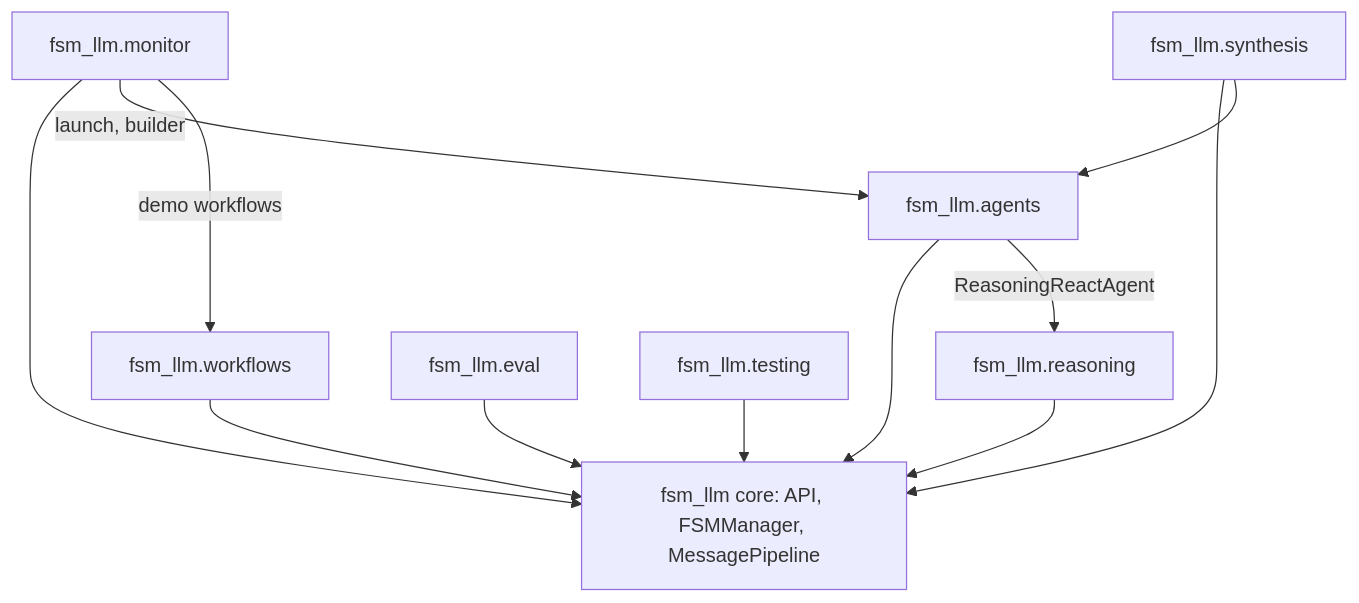
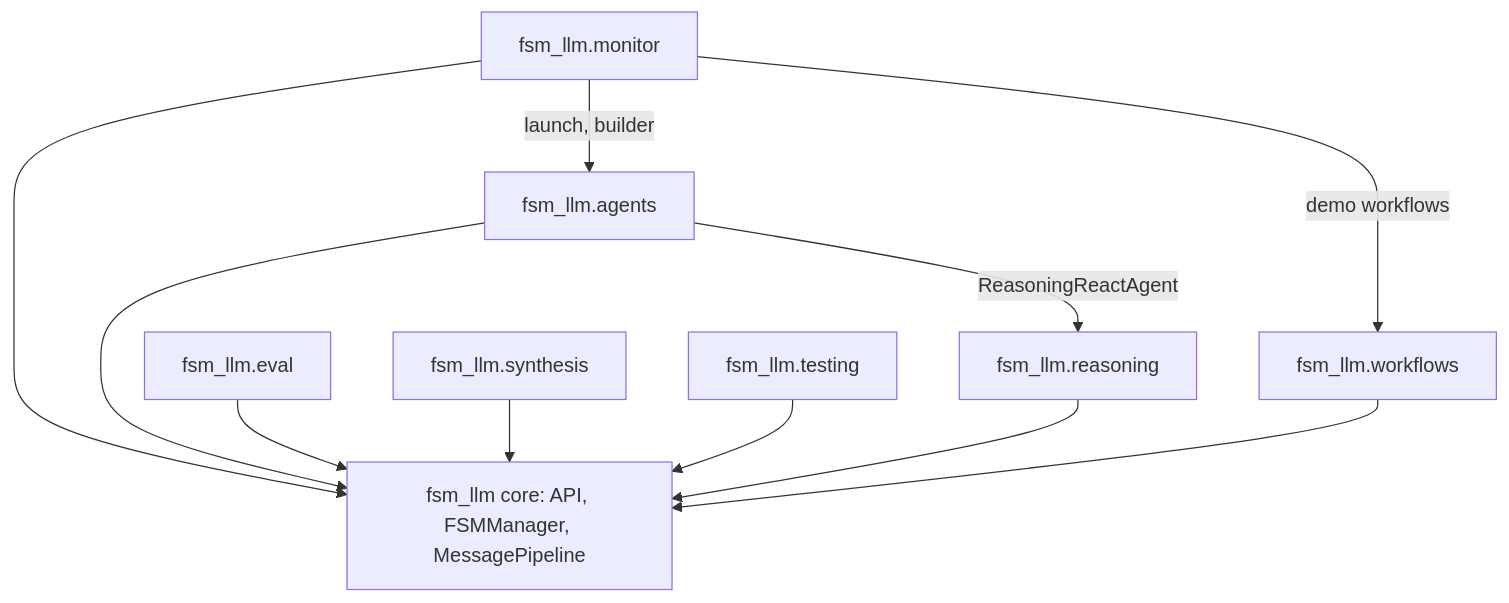
The second of 2 diagrams in docs/concepts.md (NikolasMarkou/fsm_llm), drawn with Mermaid before and after one commit. The commit also changed 18 other files, not shown here.

````diff
--- a/docs/concepts.md
+++ b/docs/concepts.md
@@ -53,15 +53,14 @@
 ```mermaid
 flowchart TD
     core[fsm_llm core: API, FSMManager, MessagePipeline]
     reasoning[fsm_llm.reasoning] --> core
     workflows[fsm_llm.workflows] --> core
     agents[fsm_llm.agents] --> core
     agents -- ReasoningReactAgent --> reasoning
     monitor[fsm_llm.monitor] --> core
     monitor -- launch, builder --> agents
     monitor -- demo workflows --> workflows
     eval[fsm_llm.eval] --> core
     synthesis[fsm_llm.synthesis] --> core
-    synthesis --> agents
     testing[fsm_llm.testing] --> core
 ```
````
